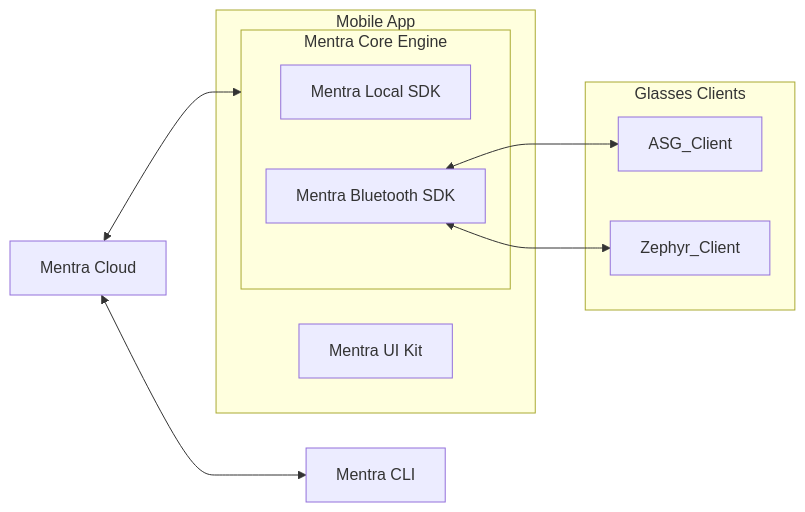
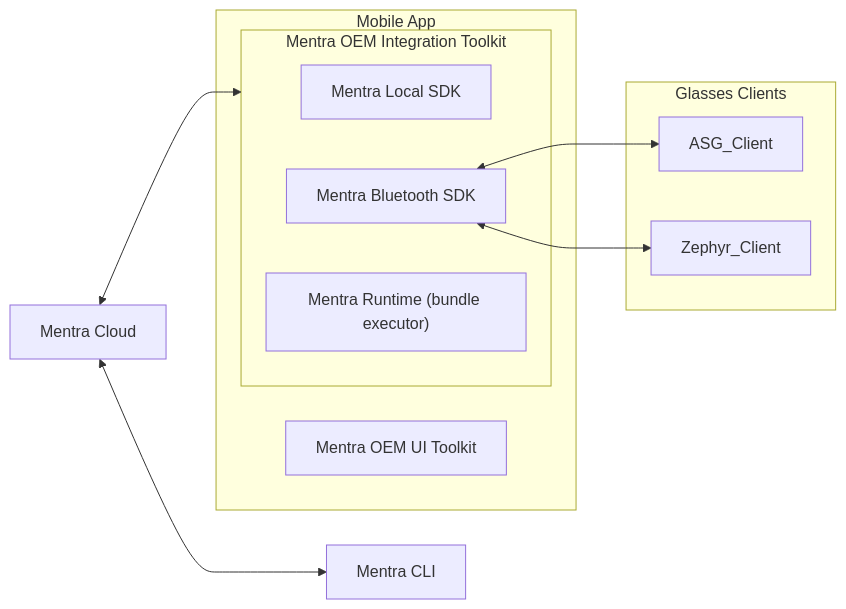
The second of 2 diagrams in cloud-v2/docs/mentra-overhaul-plan.md (Mentra-Community/MentraOS), drawn with Mermaid before and after one commit. The commit also changed other lines of this file, not shown here.

````diff
--- a/cloud-v2/docs/mentra-overhaul-plan.md
+++ b/cloud-v2/docs/mentra-overhaul-plan.md
@@ -365,25 +368,26 @@
 ```mermaid
 flowchart LR
   Cloud["Mentra Cloud"]
   CLI["Mentra CLI"]
 
   subgraph MobileApp["Mobile App"]
-    UIKit["Mentra UI Kit"]
+    UIKit["Mentra OEM UI Toolkit"]
 
-    subgraph MentraCore["Mentra Core Engine"]
+    subgraph MentraCore["Mentra OEM Integration Toolkit"]
       LocalSDK["Mentra Local SDK"]
       BluetoothSDK["Mentra Bluetooth SDK"]
+      Runtime["Mentra Runtime (bundle executor)"]
     end
   end
 
   subgraph GlassesClients["Glasses Clients"]
     ASG["ASG_Client"]
     Zephyr["Zephyr_Client"]
   end
 
   Cloud <--> MentraCore
   Cloud <--> CLI
 
   BluetoothSDK <--> ASG
   BluetoothSDK <--> Zephyr
 ```
````
